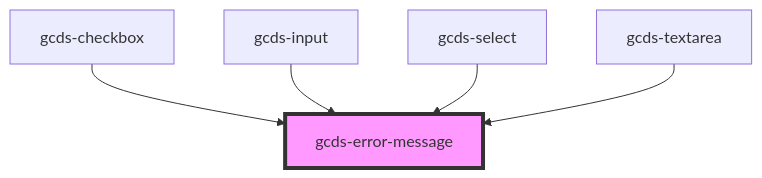
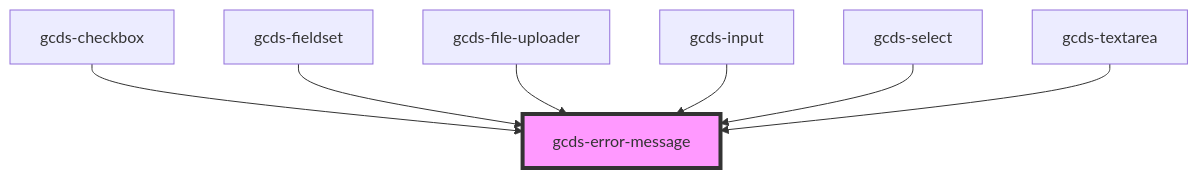
One commit to cds-snc/gcds-components changed the diagram in src/components/gcds-error-message/readme.md. Above: the diagram before and after it, drawn with Mermaid. The commit also changed other lines of this file and 11 other files, not shown here.

Commit message:
add gcds-file-uploader component

````diff
--- a/src/components/gcds-error-message/readme.md
+++ b/src/components/gcds-error-message/readme.md
@@ -26,8 +28,10 @@
 ```mermaid
 graph TD;
   gcds-checkbox --> gcds-error-message
+  gcds-fieldset --> gcds-error-message
+  gcds-file-uploader --> gcds-error-message
   gcds-input --> gcds-error-message
   gcds-select --> gcds-error-message
   gcds-textarea --> gcds-error-message
   style gcds-error-message fill:#f9f,stroke:#333,stroke-width:4px
 ```
````
